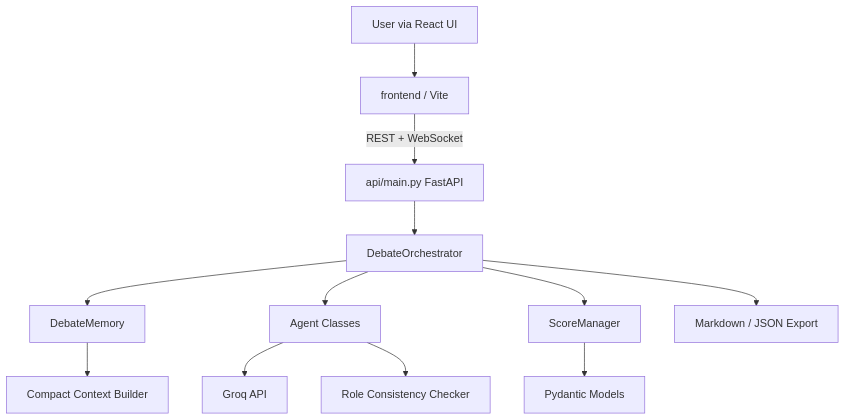
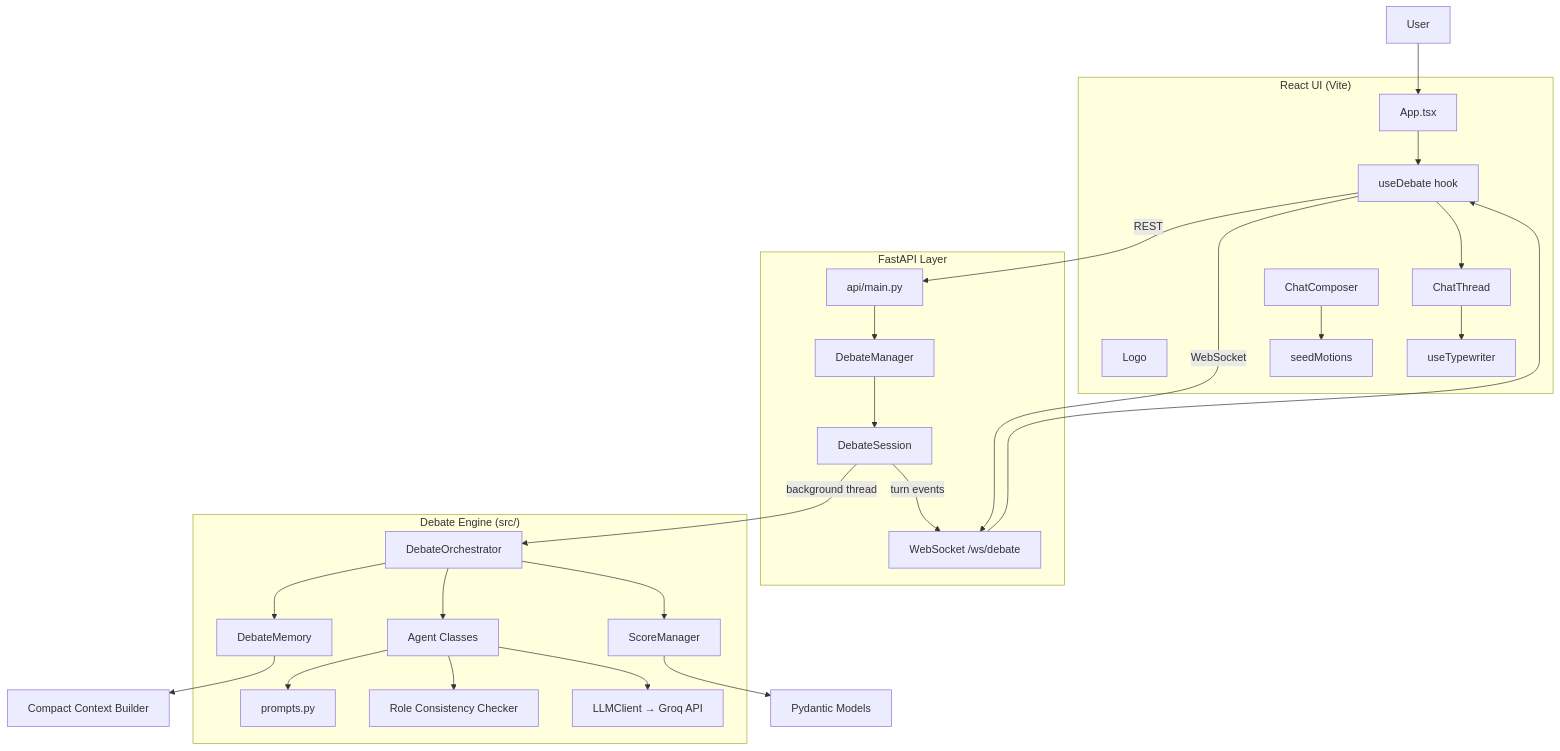
One commit to lamnguyen8075/MSAI-630-ArgueBot changed the diagram in README.md. Above: the diagram before and after it, drawn with Mermaid. The commit also changed other lines of this file and 17 other files, not shown here.

First line of the commit message:
Add chat UI with animal avatars, animated balloon logo, and updated docs.

````diff
--- a/README.md
+++ b/README.md
@@ -20,14 +20,50 @@
 ```mermaid
 flowchart TB
-    User[User via React UI] --> FE[frontend / Vite]
-    FE -->|REST + WebSocket| API[api/main.py FastAPI]
-    API --> Orch[DebateOrchestrator]
-    Orch --> Mem[DebateMemory]
-    Orch --> Agents[Agent Classes]
-    Orch --> Score[ScoreManager]
-    Agents --> LLM[Groq API]
-    Agents --> Role[Role Consistency Checker]
+    subgraph UI["React UI (Vite)"]
+        App[App.tsx]
+        Logo[Logo]
+        ChatThread[ChatThread]
+        Composer[ChatComposer]
+        Hook[useDebate hook]
+        Typewriter[useTypewriter]
+        Seeds[seedMotions]
+    end
+
+    subgraph API["FastAPI Layer"]
+        Main[api/main.py]
+        Manager[DebateManager]
+        Session[DebateSession]
+        WS[WebSocket /ws/debate]
+    end
+
+    subgraph Core["Debate Engine (src/)"]
+        Orch[DebateOrchestrator]
+        Mem[DebateMemory]
+        Agents[Agent Classes]
+        Role[Role Consistency Checker]
+        Score[ScoreManager]
+        Prompts[prompts.py]
+        LLM[LLMClient → Groq API]
+    end
+
+    User[User] --> App
+    App --> Hook
+    Hook -->|REST| Main
+    Hook -->|WebSocket| WS
+    Main --> Manager
+    Manager --> Session
+    Session -->|background thread| Orch
+    Orch --> Mem
+    Orch --> Agents
+    Orch --> Score
+    Agents --> Prompts
+    Agents --> Role
+    Agents --> LLM
     Score --> Models[Pydantic Models]
     Mem --> Context[Compact Context Builder]
-    Orch --> Export[Markdown / JSON Export]
+    Session -->|turn events| WS
+    WS --> Hook
+    Hook --> ChatThread
+    ChatThread --> Typewriter
+    Composer --> Seeds
 ```
````
